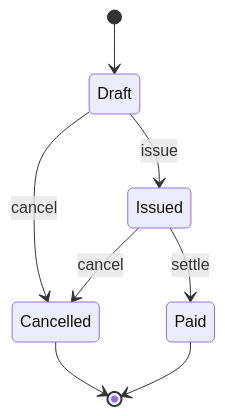
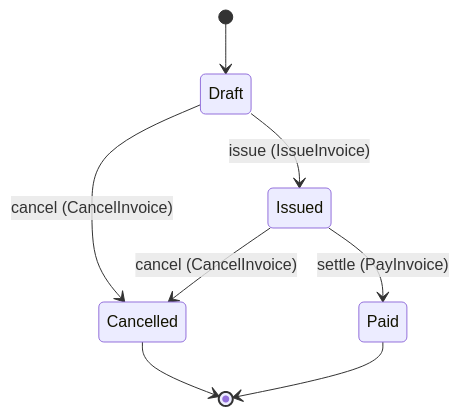
One commit to beyond10x/aep changed the diagram in generated/docs/domains/billing.invoice.md. Above: the diagram before and after it, drawn with Mermaid. The commit also changed other lines of this file and 53 other files, not shown here.

````diff
--- a/generated/docs/domains/billing.invoice.md
+++ b/generated/docs/domains/billing.invoice.md
@@ -87,10 +87,10 @@
 ```mermaid
 stateDiagram-v2
     [*] --> Draft
-    Draft --> Issued: issue
-    Issued --> Paid: settle
-    Draft --> Cancelled: cancel
-    Issued --> Cancelled: cancel
+    Draft --> Issued: issue (IssueInvoice)
+    Issued --> Paid: settle (PayInvoice)
+    Draft --> Cancelled: cancel (CancelInvoice)
+    Issued --> Cancelled: cancel (CancelInvoice)
     Cancelled --> [*]
     Paid --> [*]
 ```
````
